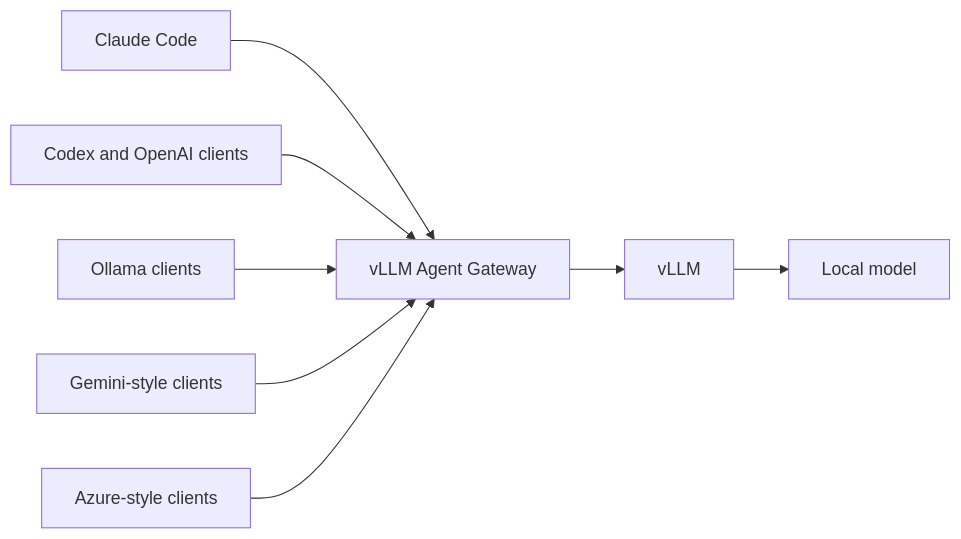
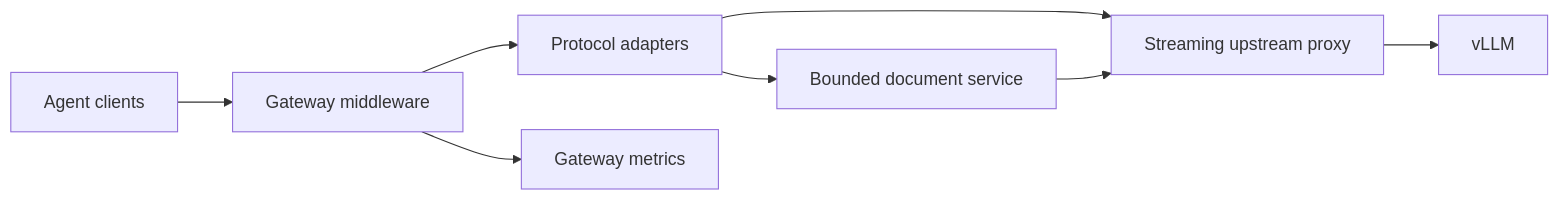
The diagram in README.md (Cabbos/vllm-agent-gateway), drawn with Mermaid before and after one commit. The commit also changed other lines of this file and 55 other files, not shown here.

````diff
--- a/README.md
+++ b/README.md
@@ -13,10 +31,10 @@
 ```mermaid
 flowchart LR
-    A[Claude Code] --> G[vLLM Agent Gateway]
-    B[Codex and OpenAI clients] --> G
-    C[Ollama clients] --> G
-    D[Gemini-style clients] --> G
-    E[Azure-style clients] --> G
-    G --> V[vLLM]
-    V --> M[Local model]
+    C["Agent clients"] --> M["Gateway middleware"]
+    M --> A["Protocol adapters"]
+    A --> D["Bounded document service"]
+    A --> P["Streaming upstream proxy"]
+    D --> P
+    P --> V["vLLM"]
+    M --> O["Gateway metrics"]
 ```
````
